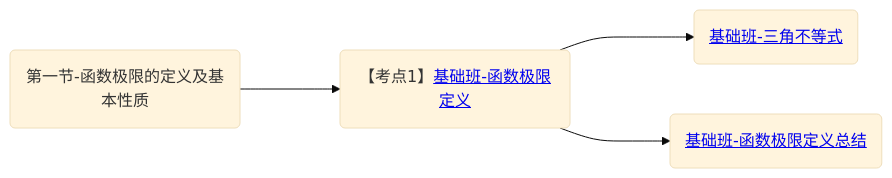
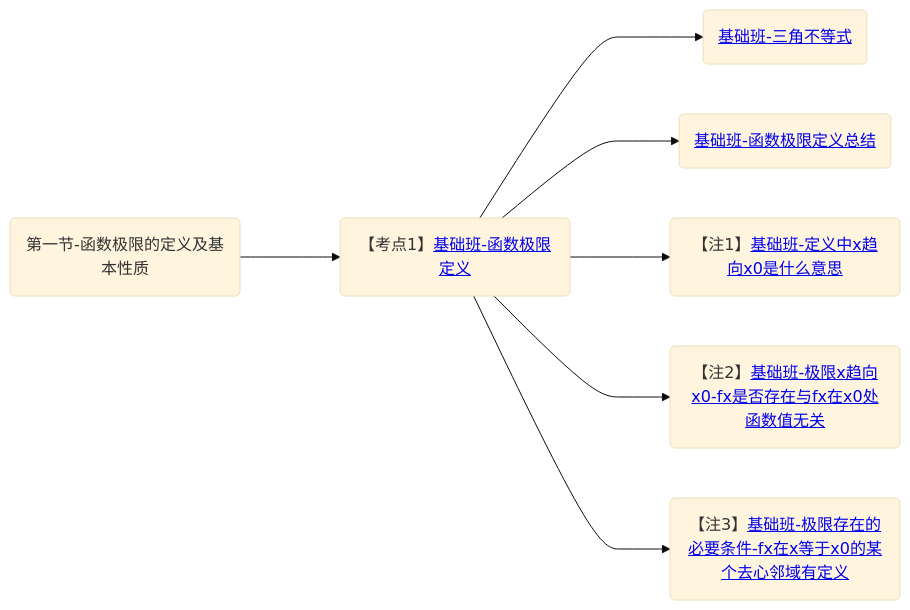
The diagram in 笔记/数学/周洋鑫/基础班/00.大纲.md (yuebinghui/note), drawn with Mermaid (base theme) before and after one commit. The commit also changed 4 other files, not shown here.

````diff
--- a/笔记/数学/周洋鑫/基础班/00.大纲.md
+++ b/笔记/数学/周洋鑫/基础班/00.大纲.md
@@ -1,9 +1,12 @@
 ```mermaid
 graph LR
 第一节-函数极限的定义及基本性质(第一节-函数极限的定义及基本性质)
 
 第一节-函数极限的定义及基本性质--->基础班-函数极限定义(【考点1】<a href="/Users/yuebinghui/Documents/program/github/note/笔记/数学/周洋鑫/基础班/01.函数极限的定义与性质-1.md#基础班-函数极限定义">基础班-函数极限定义</>)
 基础班-函数极限定义--->基础班-三角不等式(<a href="/Users/yuebinghui/Documents/program/github/note/笔记/数学/周洋鑫/基础班/01.函数极限的定义与性质-1.md#基础班-三角不等式">基础班-三角不等式</>)
 基础班-函数极限定义--->基础班-函数极限定义总结(<a href="/Users/yuebinghui/Documents/program/github/note/笔记/数学/周洋鑫/基础班/01.函数极限的定义与性质-1.md#基础班-函数极限定义总结">基础班-函数极限定义总结</>)
+基础班-函数极限定义--->基础班-定义中x趋向x0是什么意思(【注1】<a href="/Users/yuebinghui/Documents/program/github/note/笔记/数学/周洋鑫/基础班/01.函数极限的定义与性质-1.md#基础班-定义中x趋向x0是什么意思">基础班-定义中x趋向x0是什么意思</>)
+基础班-函数极限定义--->基础班-极限x趋向x0-fx是否存在与fx在x0处函数值无关(【注2】<a href="/Users/yuebinghui/Documents/program/github/note/笔记/数学/周洋鑫/基础班/01.函数极限的定义与性质-1.md#基础班-极限x趋向x0-fx是否存在与fx在x0处函数值无关">基础班-极限x趋向x0-fx是否存在与fx在x0处函数值无关</>)
+基础班-函数极限定义--->基础班-极限存在的必要条件-fx在x等于x0的某个去心邻域有定义(【注3】<a href="/Users/yuebinghui/Documents/program/github/note/笔记/数学/周洋鑫/基础班/01.函数极限的定义与性质-1.md#基础班-极限存在的必要条件-fx在x等于x0的某个去心邻域有定义">基础班-极限存在的必要条件-fx在x等于x0的某个去心邻域有定义</>)
 
 ```
````
